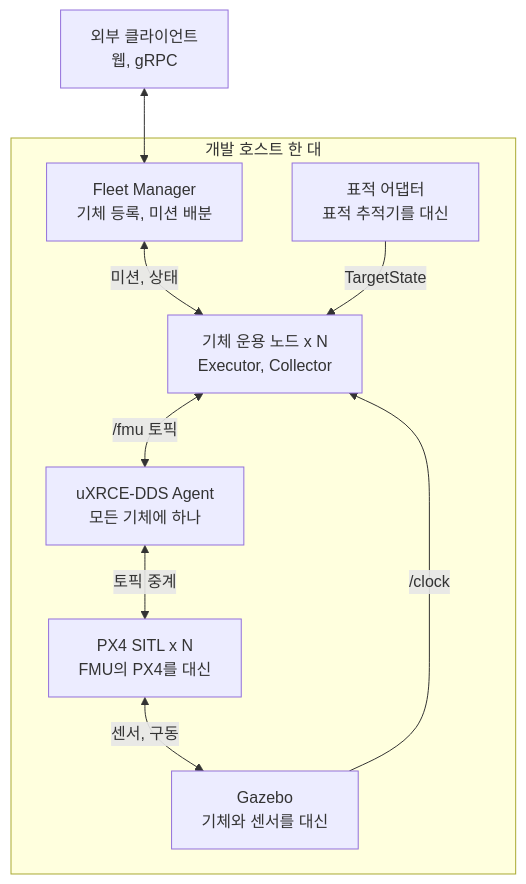
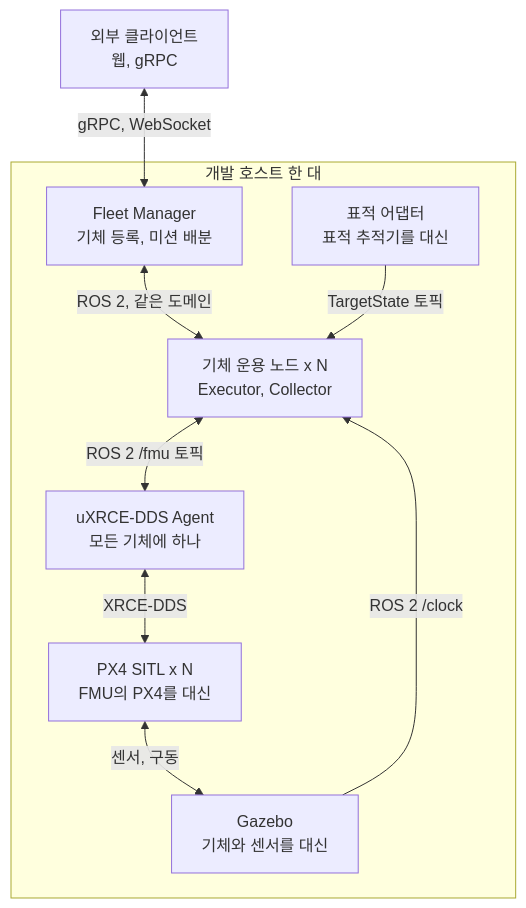
The second of 9 diagrams in docs/architecture.md (danielhongwoo/idsim), drawn with Mermaid before and after one commit. The commit also changed other lines of this file and 1 other file, not shown here.

````diff
--- a/docs/architecture.md
+++ b/docs/architecture.md
@@ -66,19 +67,19 @@
 ```mermaid
 flowchart TB
   EXT["외부 클라이언트<br/>웹, gRPC"]
   subgraph HOST["개발 호스트 한 대"]
     FM["Fleet Manager<br/>기체 등록, 미션 배분"]
     OPS["기체 운용 노드 x N<br/>Executor, Collector"]
     AG["uXRCE-DDS Agent<br/>모든 기체에 하나"]
     PX["PX4 SITL x N<br/>FMU의 PX4를 대신"]
     GZ["Gazebo<br/>기체와 센서를 대신"]
     TP["표적 어댑터<br/>표적 추적기를 대신"]
   end
-  EXT <--> FM
-  FM <-->|"미션, 상태"| OPS
-  OPS <-->|"/fmu 토픽"| AG
-  AG <-->|"토픽 중계"| PX
+  EXT <-->|"gRPC, WebSocket"| FM
+  FM <-->|"ROS 2, 같은 도메인"| OPS
+  OPS <-->|"ROS 2 /fmu 토픽"| AG
+  AG <-->|"XRCE-DDS"| PX
   PX <-->|"센서, 구동"| GZ
-  GZ -->|"/clock"| OPS
-  TP -->|"TargetState"| OPS
+  GZ -->|"ROS 2 /clock"| OPS
+  TP -->|"TargetState 토픽"| OPS
 ```
````
